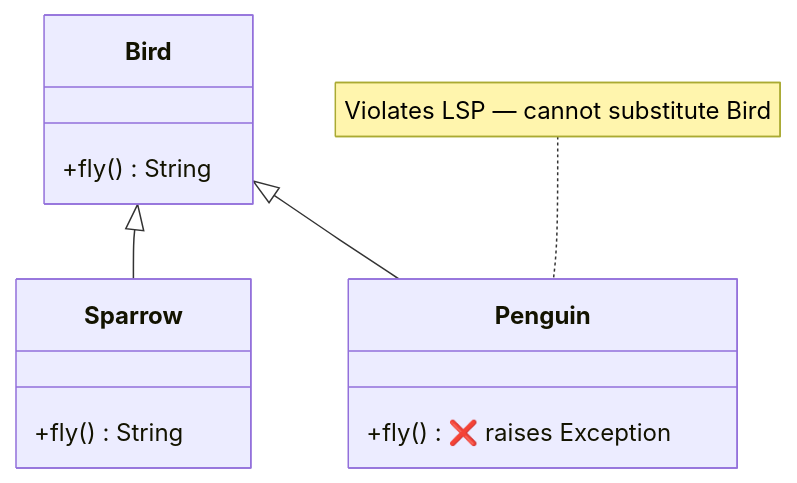
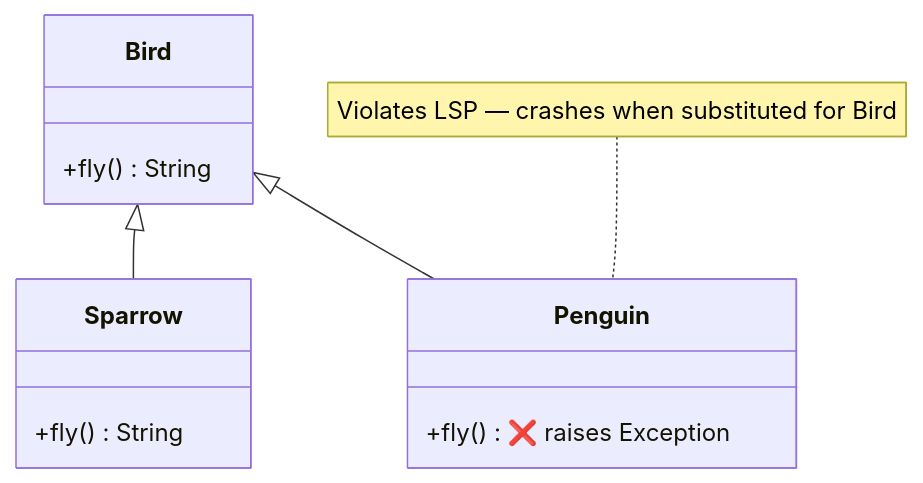
One commit to labasef/python-oop changed the fourth of 11 diagrams in sections/02_SOLID_principles.md. Above: the diagram before and after it, drawn with Mermaid. The commit also changed other lines of this file and 7 other files, not shown here.

````diff
--- a/sections/02_SOLID_principles.md
+++ b/sections/02_SOLID_principles.md
@@ -85,15 +327,15 @@
 ```mermaid
 classDiagram
     class Bird {
         +fly() String
     }
     Bird <|-- Sparrow
     Bird <|-- Penguin
     class Sparrow {
         +fly() String
     }
     class Penguin {
         +fly() ❌ raises Exception
     }
-    note for Penguin "Violates LSP — cannot substitute Bird"
+    note for Penguin "Violates LSP — crashes when substituted for Bird"
 ```
````
